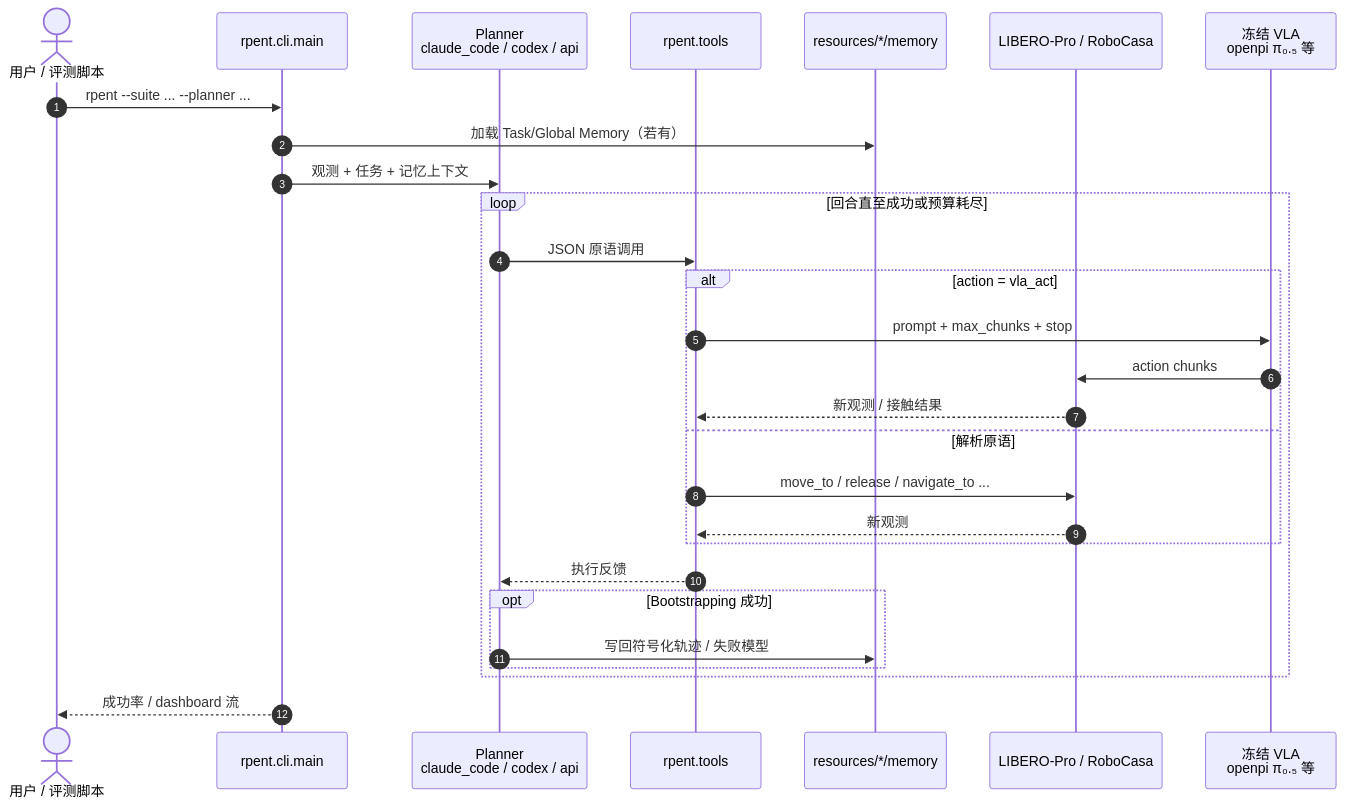
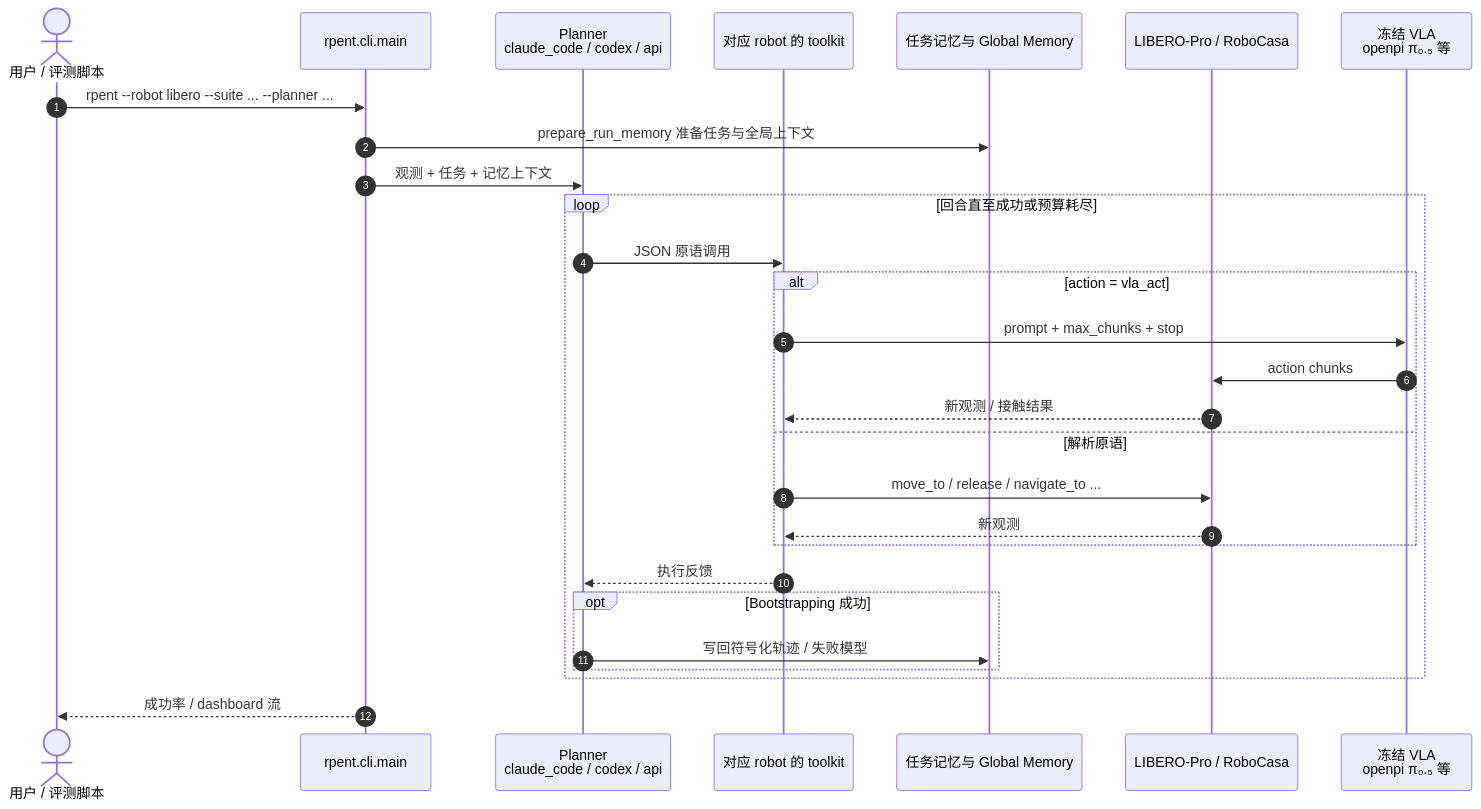
Before and after one commit to ImChong/Robotics_Notebooks: the second of 2 diagrams in wiki/entities/paper-harness-vla.md, drawn with Mermaid. The commit also changed other lines of this file and 49 other files, not shown here.

````diff
--- a/wiki/entities/paper-harness-vla.md
+++ b/wiki/entities/paper-harness-vla.md
@@ -131,30 +134,30 @@
 ```mermaid
 sequenceDiagram
   autonumber
   actor U as 用户 / 评测脚本
   participant CLI as rpent.cli.main
   participant PL as Planner<br/>claude_code / codex / api
-  participant TOOL as rpent.tools
-  participant MEM as resources/*/memory
+  participant TOOL as 对应 robot 的 toolkit
+  participant MEM as 任务记忆与 Global Memory
   participant ENV as LIBERO-Pro / RoboCasa
   participant VLA as 冻结 VLA<br/>openpi π₀.₅ 等
-  U->>CLI: rpent --suite ... --planner ...
-  CLI->>MEM: 加载 Task/Global Memory（若有）
+  U->>CLI: rpent --robot libero --suite ... --planner ...
+  CLI->>MEM: prepare_run_memory 准备任务与全局上下文
   CLI->>PL: 观测 + 任务 + 记忆上下文
   loop 回合直至成功或预算耗尽
     PL->>TOOL: JSON 原语调用
     alt action = vla_act
       TOOL->>VLA: prompt + max_chunks + stop
       VLA->>ENV: action chunks
       ENV-->>TOOL: 新观测 / 接触结果
     else 解析原语
       TOOL->>ENV: move_to / release / navigate_to ...
       ENV-->>TOOL: 新观测
     end
     TOOL-->>PL: 执行反馈
     opt Bootstrapping 成功
       PL->>MEM: 写回符号化轨迹 / 失败模型
     end
   end
   CLI-->>U: 成功率 / dashboard 流
 ```
````
